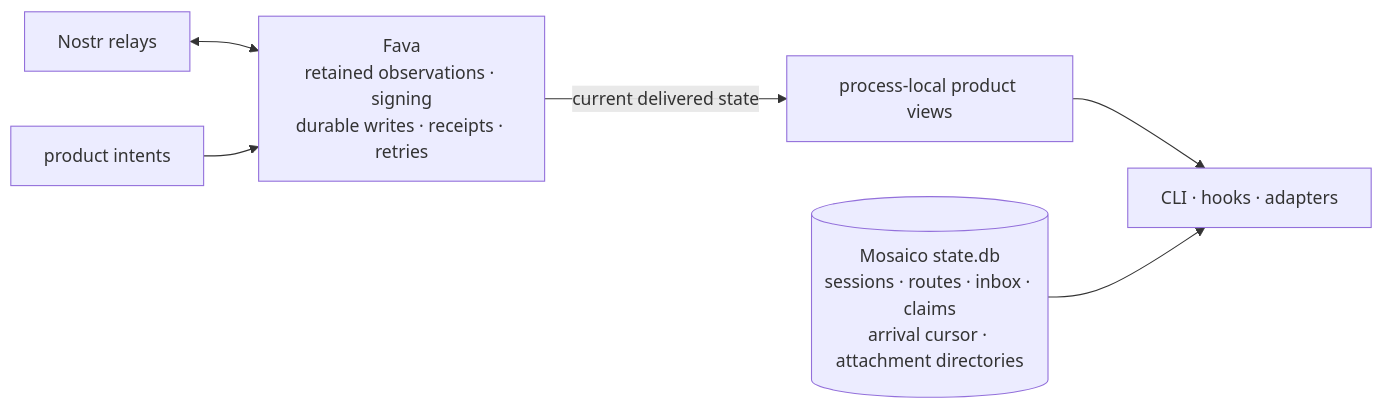
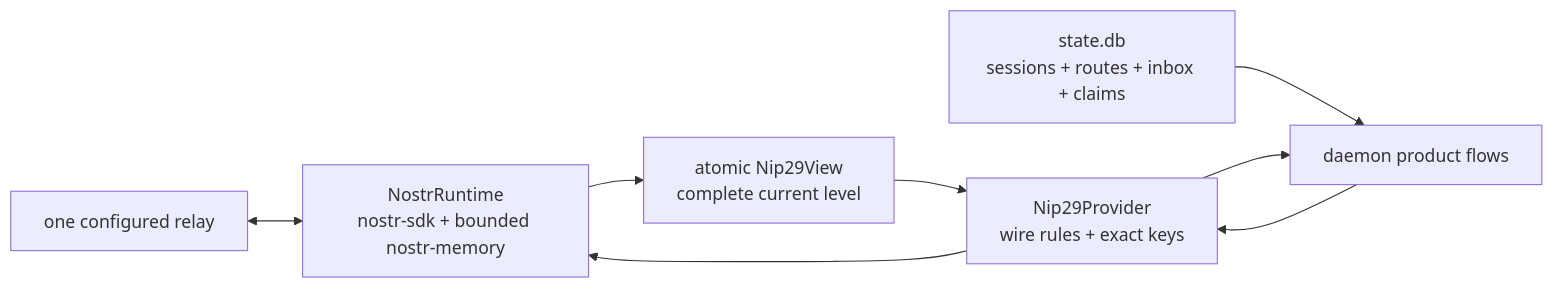
Before and after one commit to pablof7z/mosaico: the diagram in docs/fabric-architecture-overview.md, drawn with Mermaid. The commit also changed other lines of this file and 377 other files, not shown here.

First line of the commit message:
refactor: land nostr-runtime fabric rework; rename coaching to notices

````diff
--- a/docs/fabric-architecture-overview.md
+++ b/docs/fabric-architecture-overview.md
@@ -16,14 +11,10 @@
 ```mermaid
 flowchart LR
-    RELAYS["Nostr relays"]
-    Fava["Fava<br/>retained observations · signing<br/>durable writes · receipts · retries"]
-    VIEWS["process-local product views"]
-    LOCAL[("Mosaico state.db<br/>sessions · routes · inbox · claims<br/>arrival cursor · attachment directories")]
-    READERS["CLI · hooks · adapters"]
-    INTENTS["product intents"]
-
-    RELAYS <--> Fava
-    Fava -- current delivered state --> VIEWS --> READERS
-    LOCAL --> READERS
-    INTENTS --> Fava
+    R["one configured relay"] <--> N["NostrRuntime\nnostr-sdk + bounded nostr-memory"]
+    N --> V["atomic Nip29View\ncomplete current level"]
+    P["Nip29Provider\nwire rules + exact keys"] --> N
+    V --> P
+    S["state.db\nsessions + routes + inbox + claims"] --> D["daemon product flows"]
+    P --> D
+    D --> P
 ```
````
